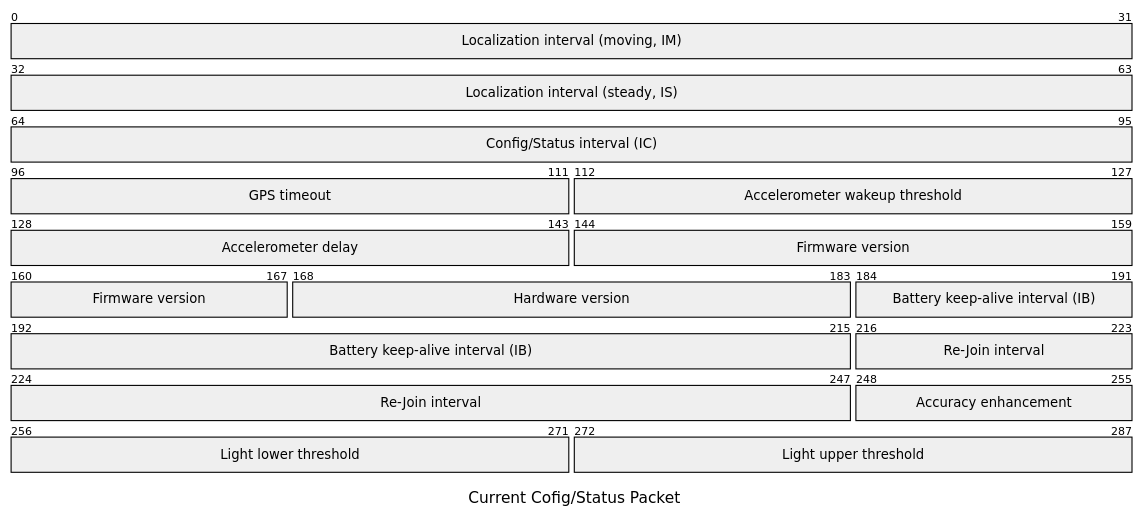
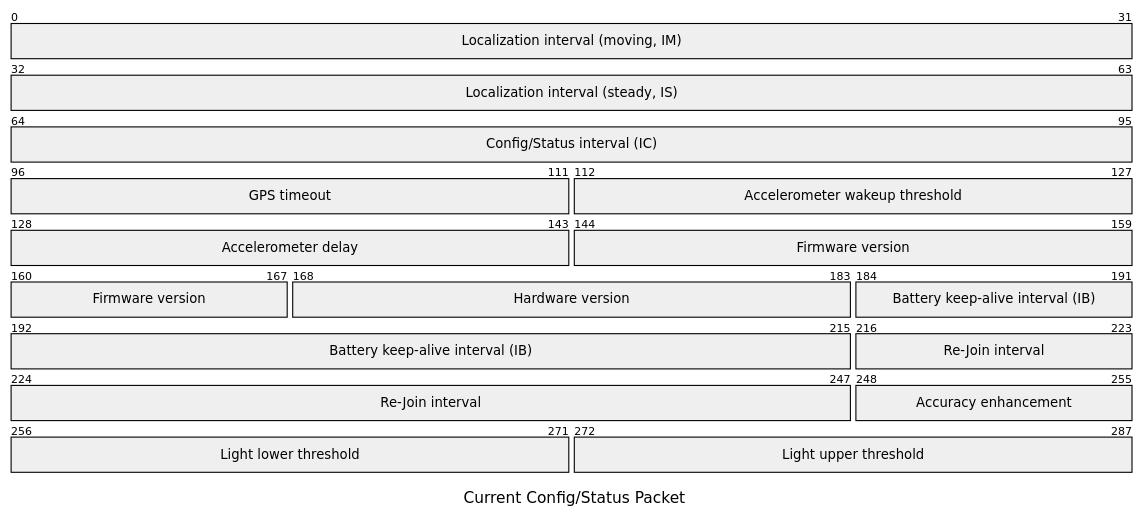
Before and after one commit to truvami/docs: the third of 6 diagrams in docs/04 - Devices/04 - nomad XS/03- payload format nomad-XS.md, drawn with Mermaid.

Commit message:
Update docs/04 - Devices/04 - nomad XS/03- payload format nomad-XS.md

````diff
--- a/docs/04 - Devices/04 - nomad XS/03- payload format nomad-XS.md
+++ b/docs/04 - Devices/04 - nomad XS/03- payload format nomad-XS.md
@@ -118,19 +118,19 @@
 ```mermaid
 ---
-title: "Current Cofig/Status Packet"
+title: "Current Config/Status Packet"
 ---
 packet
 +32: "Localization interval (moving, IM)"
 +32: "Localization interval (steady, IS)"
 +32: "Config/Status interval (IC)"
 +16: "GPS timeout"
 +16: "Accelerometer wakeup threshold"
 +16: "Accelerometer delay"
 +24: "Firmware version"
 +16: "Hardware version"
 +32: "Battery keep-alive interval (IB)"
 +32: "Re-Join interval"
 +8: "Accuracy enhancement"
 +16: "Light lower threshold"
 +16: "Light upper threshold"
 ```
````
